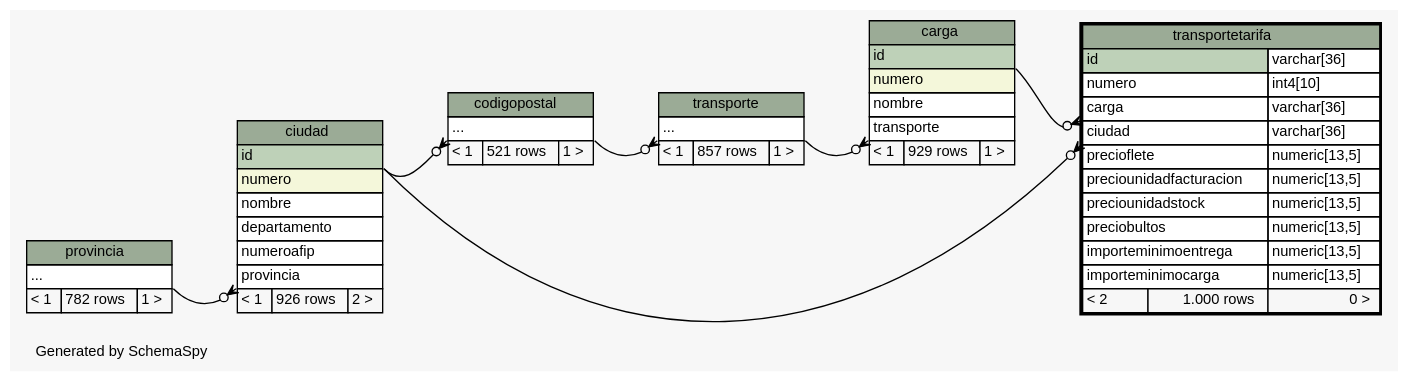
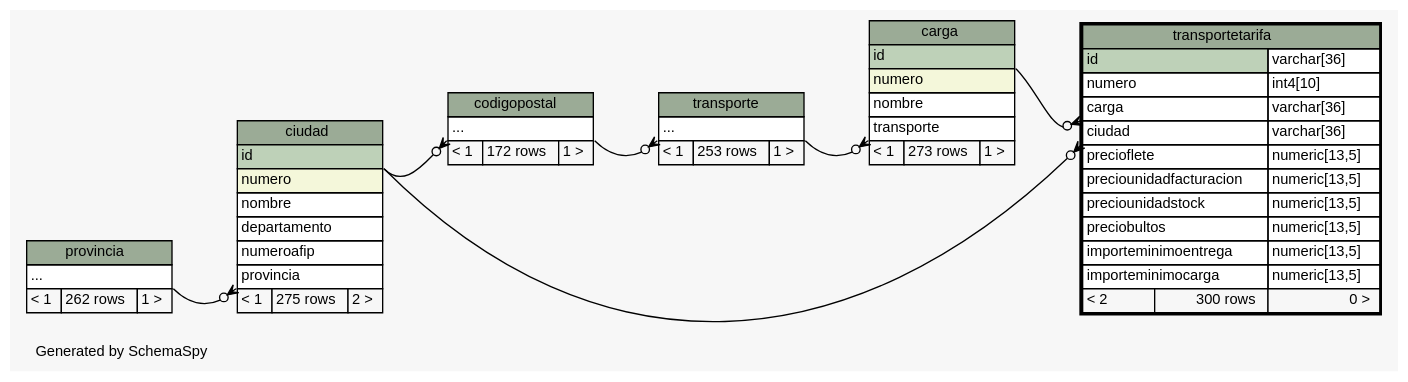
The diagram in postgresql/schemaSpy/salida/diagrams/transportetarifa.2degrees.dot (diegopablomansilla/massoftware_front), drawn with Graphviz before and after one commit. The commit also changed 298 other files, not shown here.

```diff
--- a/postgresql/schemaSpy/salida/diagrams/transportetarifa.2degrees.dot
+++ b/postgresql/schemaSpy/salida/diagrams/transportetarifa.2degrees.dot
@@ -1,105 +1,105 @@
 // dot 2.2.1 on Windows 10 10.0
 // SchemaSpy rev 590
 digraph "twoDegreesRelationshipsDiagram" {
   graph [
     rankdir="RL"
     bgcolor="#f7f7f7"
     label="\nGenerated by SchemaSpy"
     labeljust="l"
     nodesep="0.18"
     ranksep="0.46"
     fontname="Helvetica"
     fontsize="11"
   ];
   node [
     fontname="Helvetica"
     fontsize="11"
     shape="plaintext"
   ];
   edge [
     arrowsize="0.8"
   ];
   "carga":"transporte":sw -> "transporte":"elipses":se [arrowhead=none dir=back arrowtail=crowodot];
   "ciudad":"provincia":sw -> "provincia":"elipses":se [arrowhead=none dir=back arrowtail=crowodot];
   "codigopostal":"elipses":sw -> "ciudad":"id":se [arrowhead=none dir=back arrowtail=crowodot];
   "transporte":"elipses":sw -> "codigopostal":"elipses":se [arrowhead=none dir=back arrowtail=crowodot];
   "transportetarifa":"carga":sw -> "carga":"id":se [arrowhead=none dir=back arrowtail=crowodot];
   "transportetarifa":"ciudad":sw -> "ciudad":"id":se [arrowhead=none dir=back arrowtail=crowodot];
   "carga" [
     label=<
     <TABLE BORDER="0" CELLBORDER="1" CELLSPACING="0" BGCOLOR="#ffffff">
       <TR><TD COLSPAN="3" BGCOLOR="#9bab96" ALIGN="CENTER">carga</TD></TR>
       <TR><TD PORT="id" COLSPAN="3" BGCOLOR="#bed1b8" ALIGN="LEFT">id</TD></TR>
       <TR><TD PORT="numero" COLSPAN="3" BGCOLOR="#f4f7da" ALIGN="LEFT">numero</TD></TR>
       <TR><TD PORT="nombre" COLSPAN="3" ALIGN="LEFT">nombre</TD></TR>
       <TR><TD PORT="transporte" COLSPAN="3" ALIGN="LEFT">transporte</TD></TR>
-      <TR><TD ALIGN="LEFT" BGCOLOR="#f7f7f7">&lt; 1</TD><TD ALIGN="RIGHT" BGCOLOR="#f7f7f7">929 rows</TD><TD ALIGN="RIGHT" BGCOLOR="#f7f7f7">1 &gt;</TD></TR>
+      <TR><TD ALIGN="LEFT" BGCOLOR="#f7f7f7">&lt; 1</TD><TD ALIGN="RIGHT" BGCOLOR="#f7f7f7">273 rows</TD><TD ALIGN="RIGHT" BGCOLOR="#f7f7f7">1 &gt;</TD></TR>
     </TABLE>>
     URL="carga.html"
     tooltip="carga"
   ];
   "ciudad" [
     label=<
     <TABLE BORDER="0" CELLBORDER="1" CELLSPACING="0" BGCOLOR="#ffffff">
       <TR><TD COLSPAN="3" BGCOLOR="#9bab96" ALIGN="CENTER">ciudad</TD></TR>
       <TR><TD PORT="id" COLSPAN="3" BGCOLOR="#bed1b8" ALIGN="LEFT">id</TD></TR>
       <TR><TD PORT="numero" COLSPAN="3" BGCOLOR="#f4f7da" ALIGN="LEFT">numero</TD></TR>
       <TR><TD PORT="nombre" COLSPAN="3" ALIGN="LEFT">nombre</TD></TR>
       <TR><TD PORT="departamento" COLSPAN="3" ALIGN="LEFT">departamento</TD></TR>
       <TR><TD PORT="numeroafip" COLSPAN="3" ALIGN="LEFT">numeroafip</TD></TR>
       <TR><TD PORT="provincia" COLSPAN="3" ALIGN="LEFT">provincia</TD></TR>
-      <TR><TD ALIGN="LEFT" BGCOLOR="#f7f7f7">&lt; 1</TD><TD ALIGN="RIGHT" BGCOLOR="#f7f7f7">926 rows</TD><TD ALIGN="RIGHT" BGCOLOR="#f7f7f7">2 &gt;</TD></TR>
+      <TR><TD ALIGN="LEFT" BGCOLOR="#f7f7f7">&lt; 1</TD><TD ALIGN="RIGHT" BGCOLOR="#f7f7f7">275 rows</TD><TD ALIGN="RIGHT" BGCOLOR="#f7f7f7">2 &gt;</TD></TR>
     </TABLE>>
     URL="ciudad.html"
     tooltip="ciudad"
   ];
   "codigopostal" [
     label=<
     <TABLE BORDER="0" CELLBORDER="1" CELLSPACING="0" BGCOLOR="#ffffff">
       <TR><TD COLSPAN="3" BGCOLOR="#9bab96" ALIGN="CENTER">codigopostal</TD></TR>
       <TR><TD PORT="elipses" COLSPAN="3" ALIGN="LEFT">...</TD></TR>
-      <TR><TD ALIGN="LEFT" BGCOLOR="#f7f7f7">&lt; 1</TD><TD ALIGN="RIGHT" BGCOLOR="#f7f7f7">521 rows</TD><TD ALIGN="RIGHT" BGCOLOR="#f7f7f7">1 &gt;</TD></TR>
+      <TR><TD ALIGN="LEFT" BGCOLOR="#f7f7f7">&lt; 1</TD><TD ALIGN="RIGHT" BGCOLOR="#f7f7f7">172 rows</TD><TD ALIGN="RIGHT" BGCOLOR="#f7f7f7">1 &gt;</TD></TR>
     </TABLE>>
     URL="codigopostal.html"
     tooltip="codigopostal"
   ];
   "provincia" [
     label=<
     <TABLE BORDER="0" CELLBORDER="1" CELLSPACING="0" BGCOLOR="#ffffff">
       <TR><TD COLSPAN="3" BGCOLOR="#9bab96" ALIGN="CENTER">provincia</TD></TR>
       <TR><TD PORT="elipses" COLSPAN="3" ALIGN="LEFT">...</TD></TR>
-      <TR><TD ALIGN="LEFT" BGCOLOR="#f7f7f7">&lt; 1</TD><TD ALIGN="RIGHT" BGCOLOR="#f7f7f7">782 rows</TD><TD ALIGN="RIGHT" BGCOLOR="#f7f7f7">1 &gt;</TD></TR>
+      <TR><TD ALIGN="LEFT" BGCOLOR="#f7f7f7">&lt; 1</TD><TD ALIGN="RIGHT" BGCOLOR="#f7f7f7">262 rows</TD><TD ALIGN="RIGHT" BGCOLOR="#f7f7f7">1 &gt;</TD></TR>
     </TABLE>>
     URL="provincia.html"
     tooltip="provincia"
   ];
   "transporte" [
     label=<
     <TABLE BORDER="0" CELLBORDER="1" CELLSPACING="0" BGCOLOR="#ffffff">
       <TR><TD COLSPAN="3" BGCOLOR="#9bab96" ALIGN="CENTER">transporte</TD></TR>
       <TR><TD PORT="elipses" COLSPAN="3" ALIGN="LEFT">...</TD></TR>
-      <TR><TD ALIGN="LEFT" BGCOLOR="#f7f7f7">&lt; 1</TD><TD ALIGN="RIGHT" BGCOLOR="#f7f7f7">857 rows</TD><TD ALIGN="RIGHT" BGCOLOR="#f7f7f7">1 &gt;</TD></TR>
+      <TR><TD ALIGN="LEFT" BGCOLOR="#f7f7f7">&lt; 1</TD><TD ALIGN="RIGHT" BGCOLOR="#f7f7f7">253 rows</TD><TD ALIGN="RIGHT" BGCOLOR="#f7f7f7">1 &gt;</TD></TR>
     </TABLE>>
     URL="transporte.html"
     tooltip="transporte"
   ];
   "transportetarifa" [
     label=<
     <TABLE BORDER="2" CELLBORDER="1" CELLSPACING="0" BGCOLOR="#ffffff">
       <TR><TD COLSPAN="3" BGCOLOR="#9bab96" ALIGN="CENTER">transportetarifa</TD></TR>
       <TR><TD PORT="id" COLSPAN="2" BGCOLOR="#bed1b8" ALIGN="LEFT">id</TD><TD PORT="id.type" ALIGN="LEFT">varchar[36]</TD></TR>
       <TR><TD PORT="numero" COLSPAN="2" ALIGN="LEFT">numero</TD><TD PORT="numero.type" ALIGN="LEFT">int4[10]</TD></TR>
       <TR><TD PORT="carga" COLSPAN="2" ALIGN="LEFT">carga</TD><TD PORT="carga.type" ALIGN="LEFT">varchar[36]</TD></TR>
       <TR><TD PORT="ciudad" COLSPAN="2" ALIGN="LEFT">ciudad</TD><TD PORT="ciudad.type" ALIGN="LEFT">varchar[36]</TD></TR>
       <TR><TD PORT="precioflete" COLSPAN="2" ALIGN="LEFT">precioflete</TD><TD PORT="precioflete.type" ALIGN="LEFT">numeric[13,5]</TD></TR>
       <TR><TD PORT="preciounidadfacturacion" COLSPAN="2" ALIGN="LEFT">preciounidadfacturacion</TD><TD PORT="preciounidadfacturacion.type" ALIGN="LEFT">numeric[13,5]</TD></TR>
       <TR><TD PORT="preciounidadstock" COLSPAN="2" ALIGN="LEFT">preciounidadstock</TD><TD PORT="preciounidadstock.type" ALIGN="LEFT">numeric[13,5]</TD></TR>
       <TR><TD PORT="preciobultos" COLSPAN="2" ALIGN="LEFT">preciobultos</TD><TD PORT="preciobultos.type" ALIGN="LEFT">numeric[13,5]</TD></TR>
       <TR><TD PORT="importeminimoentrega" COLSPAN="2" ALIGN="LEFT">importeminimoentrega</TD><TD PORT="importeminimoentrega.type" ALIGN="LEFT">numeric[13,5]</TD></TR>
       <TR><TD PORT="importeminimocarga" COLSPAN="2" ALIGN="LEFT">importeminimocarga</TD><TD PORT="importeminimocarga.type" ALIGN="LEFT">numeric[13,5]</TD></TR>
-      <TR><TD ALIGN="LEFT" BGCOLOR="#f7f7f7">&lt; 2</TD><TD ALIGN="RIGHT" BGCOLOR="#f7f7f7">1.000 rows</TD><TD ALIGN="RIGHT" BGCOLOR="#f7f7f7">0 &gt;</TD></TR>
+      <TR><TD ALIGN="LEFT" BGCOLOR="#f7f7f7">&lt; 2</TD><TD ALIGN="RIGHT" BGCOLOR="#f7f7f7">300 rows</TD><TD ALIGN="RIGHT" BGCOLOR="#f7f7f7">0 &gt;</TD></TR>
     </TABLE>>
     URL="transportetarifa.html"
     tooltip="transportetarifa"
   ];
 }
```
